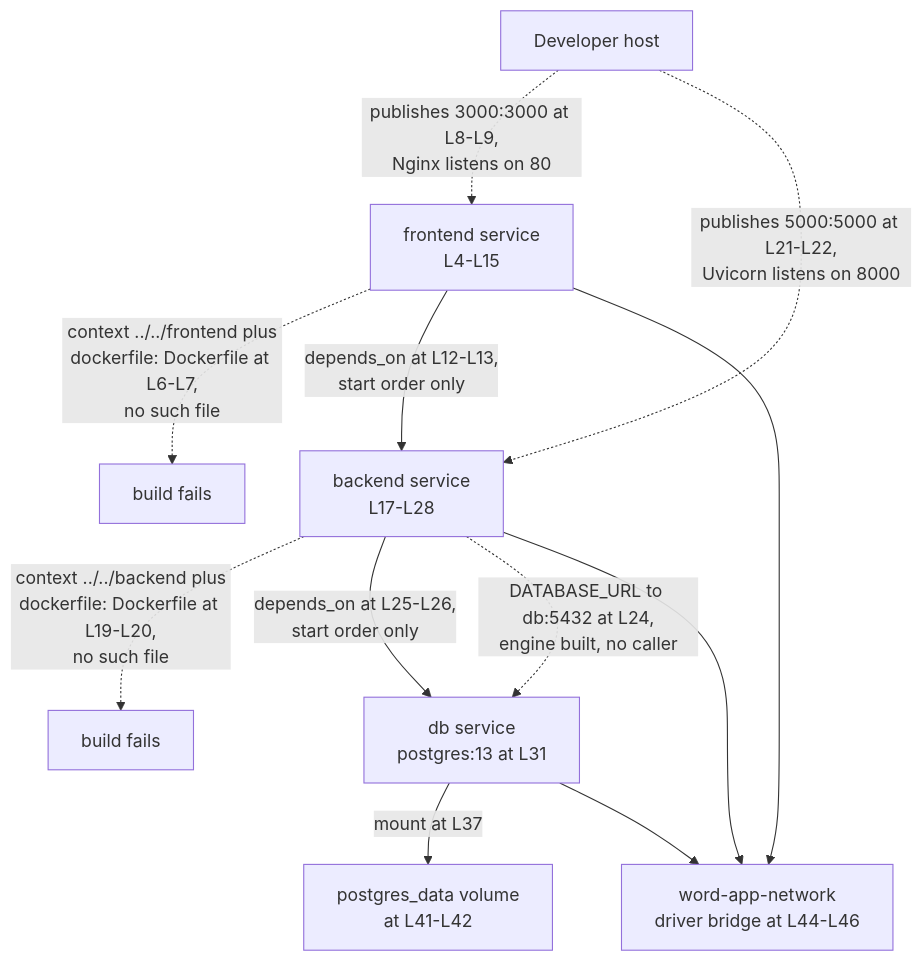
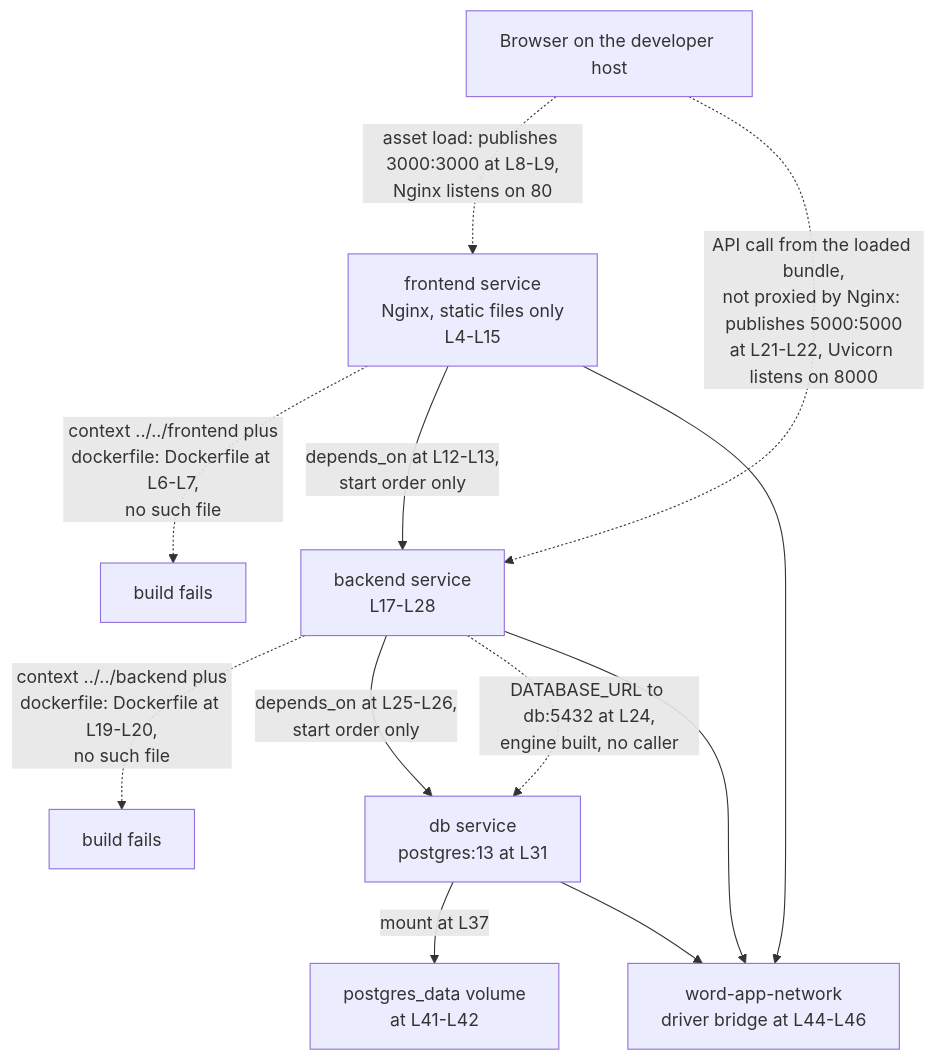
One commit to blitzy-public-samples/microsoft-word-u33ko0 changed the diagram in infrastructure/docker/README.md. Above: the diagram before and after it, drawn with Mermaid. The commit also changed other lines of this file and 50 other files, not shown here.

````diff
--- a/infrastructure/docker/README.md
+++ b/infrastructure/docker/README.md
@@ -134,23 +137,23 @@
 ```mermaid
 graph TD
     accTitle: The Compose topology, the mismatched build contexts and the port mismatch
     accDescr: The developer host publishes a port to the frontend service and a port to the backend service. Neither published port matches the port its server listens on. Neither service builds, because each names a Dockerfile that does not exist at its context. A dashed edge marks a relationship that does not work.
-    HOST["Developer host"]
-    FE["frontend service<br/>L4-L15"]
+    HOST["Browser on the developer host"]
+    FE["frontend service<br/>Nginx, static files only<br/>L4-L15"]
     BE["backend service<br/>L17-L28"]
     DB["db service<br/>postgres:13 at L31"]
 
-    HOST -.->|"publishes 3000:3000 at L8-L9,<br/>Nginx listens on 80"| FE
-    HOST -.->|"publishes 5000:5000 at L21-L22,<br/>Uvicorn listens on 8000"| BE
+    HOST -.->|"asset load: publishes 3000:3000 at L8-L9,<br/>Nginx listens on 80"| FE
+    HOST -.->|"API call from the loaded bundle,<br/>not proxied by Nginx: publishes 5000:5000<br/>at L21-L22, Uvicorn listens on 8000"| BE
     FE -.->|"context ../../frontend plus<br/>dockerfile: Dockerfile at L6-L7,<br/>no such file"| FEX["build fails"]
     BE -.->|"context ../../backend plus<br/>dockerfile: Dockerfile at L19-L20,<br/>no such file"| BEX["build fails"]
 
     FE -->|"depends_on at L12-L13,<br/>start order only"| BE
     BE -->|"depends_on at L25-L26,<br/>start order only"| DB
     BE -.->|"DATABASE_URL to db:5432 at L24,<br/>engine built, no caller"| DB
     DB -->|"mount at L37"| VOL["postgres_data volume<br/>at L41-L42"]
 
     FE --> NET["word-app-network<br/>driver bridge at L44-L46"]
     BE --> NET
     DB --> NET
 ```
````
